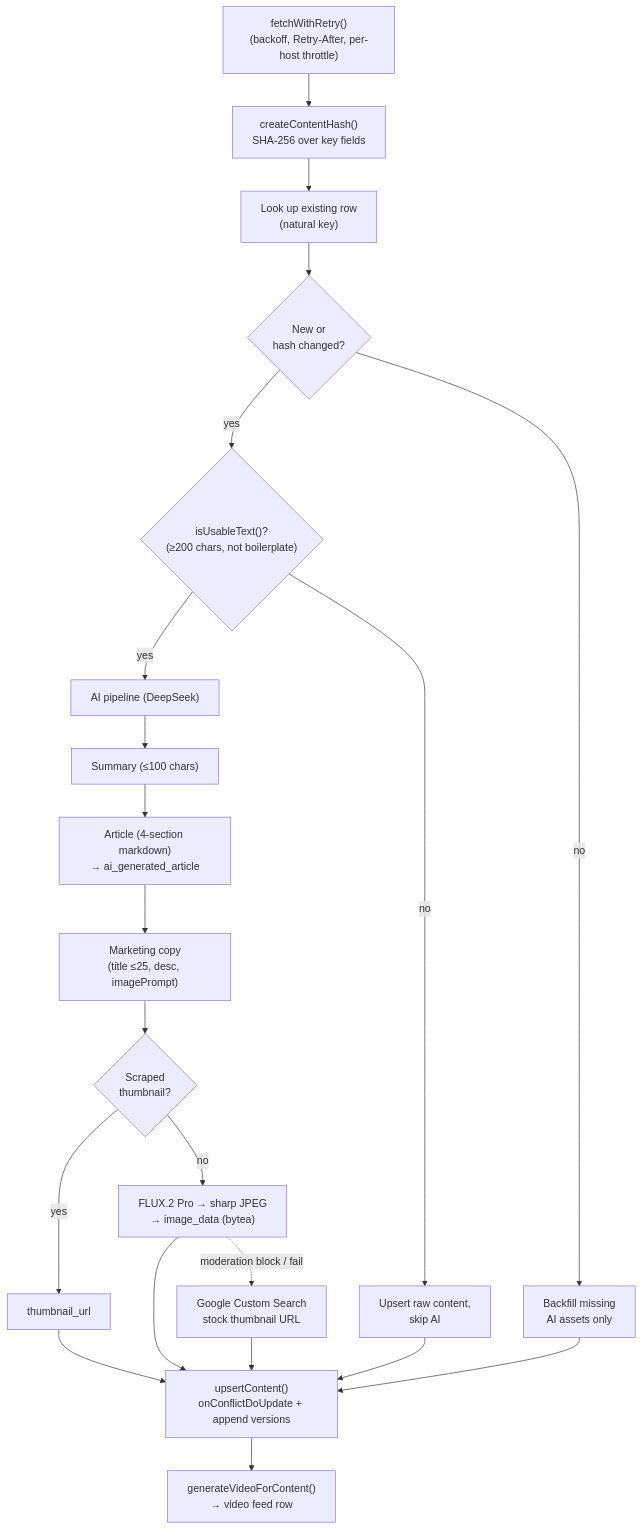
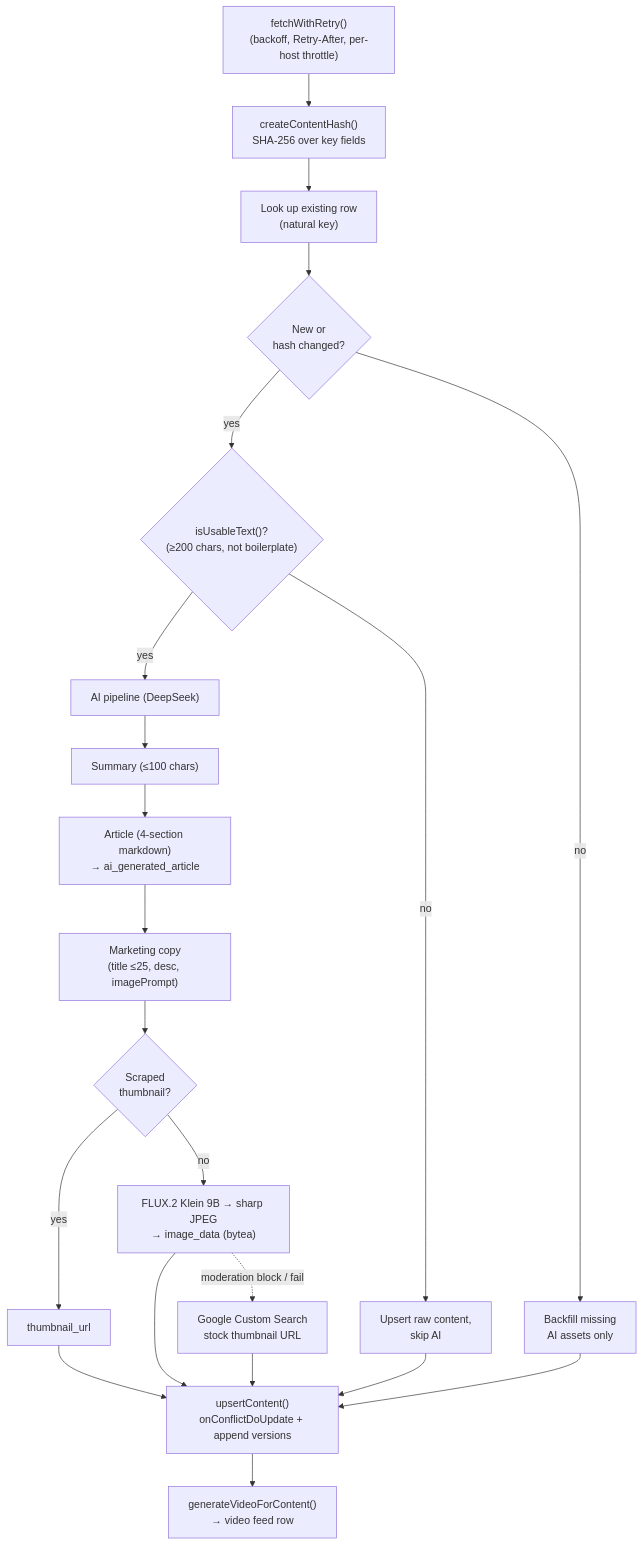
The diagram in docs/scraper.md (billion-app/billion), drawn with Mermaid before and after one commit. The commit also changed other lines of this file and 10 other files, not shown here.

````diff
--- a/docs/scraper.md
+++ b/docs/scraper.md
@@ -61,27 +61,27 @@
 ```mermaid
 flowchart TD
     fetch["fetchWithRetry()<br/>(backoff, Retry-After, per-host throttle)"] --> hash["createContentHash()<br/>SHA-256 over key fields"]
     hash --> lookup["Look up existing row<br/>(natural key)"]
     lookup --> changed{"New or<br/>hash changed?"}
 
     changed -->|no| backfill["Backfill missing<br/>AI assets only"]
     changed -->|yes| usable{"isUsableText()?<br/>(≥200 chars, not boilerplate)"}
     usable -->|no| skipai["Upsert raw content,<br/>skip AI"]
     usable -->|yes| ai["AI pipeline (DeepSeek)"]
 
     ai --> summary["Summary (≤100 chars)"]
     summary --> article["Article (4-section markdown)<br/>→ ai_generated_article"]
     article --> marketing["Marketing copy<br/>(title ≤25, desc, imagePrompt)"]
     marketing --> img{"Scraped<br/>thumbnail?"}
 
     img -->|yes| thumburl["thumbnail_url"]
-    img -->|no| flux["FLUX.2 Pro → sharp JPEG<br/>→ image_data (bytea)"]
+    img -->|no| flux["FLUX.2 Klein 9B → sharp JPEG<br/>→ image_data (bytea)"]
     flux -.->|moderation block / fail| stock["Google Custom Search<br/>stock thumbnail URL"]
 
     thumburl --> upsert["upsertContent()<br/>onConflictDoUpdate + append versions"]
     flux --> upsert
     stock --> upsert
     skipai --> upsert
     backfill --> upsert
     upsert --> video["generateVideoForContent()<br/>→ video feed row"]
 ```
````
